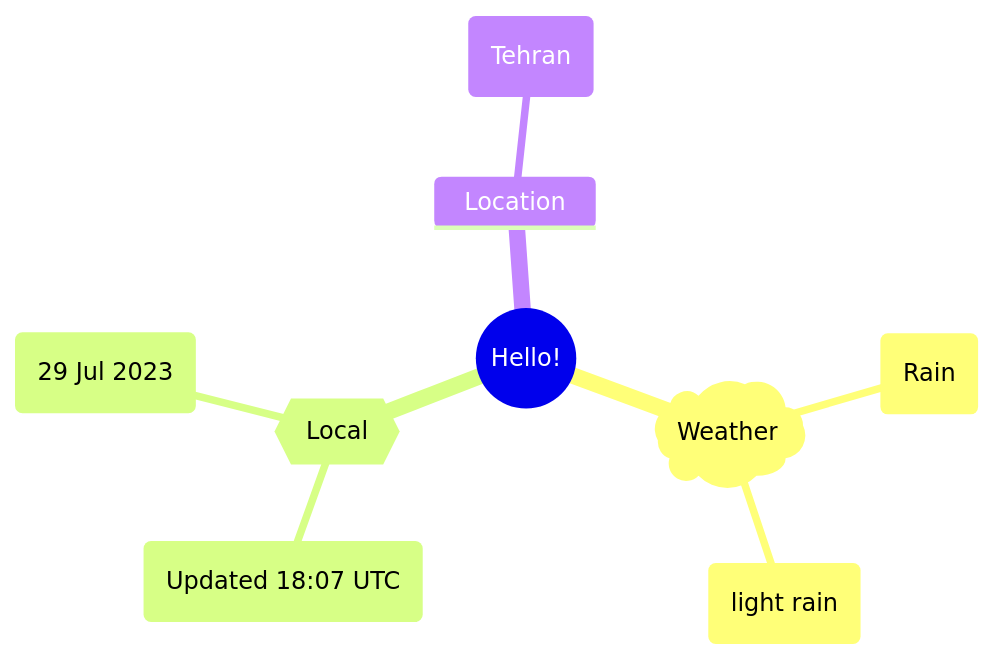
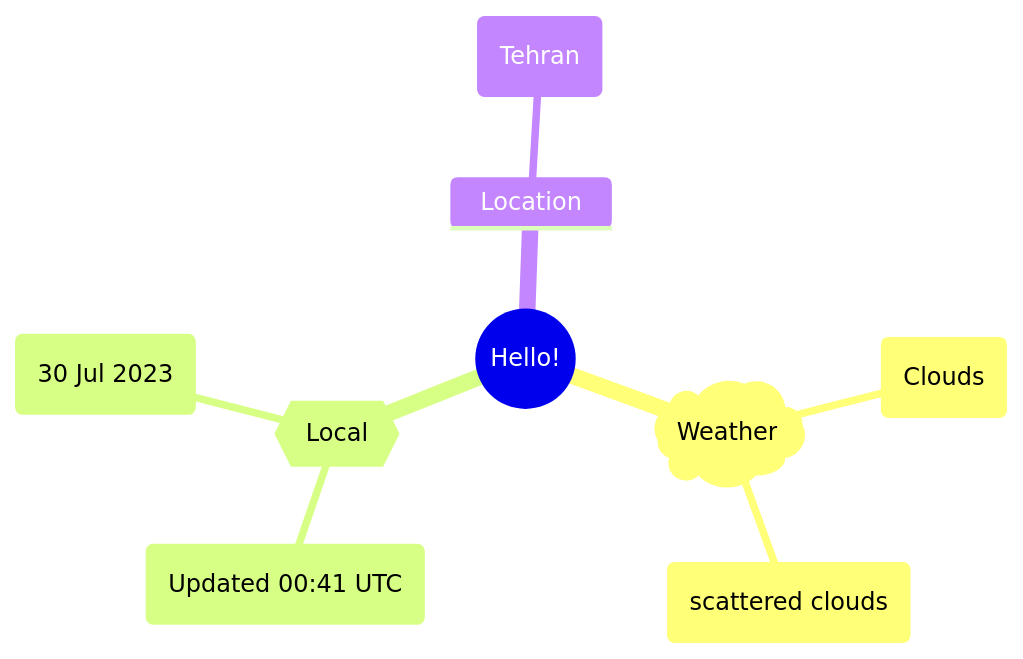
The first of 2 diagrams in README.md (Xosrov/Xosrov), drawn with Mermaid before and after one commit.

Commit message:
[bot] updated images

````diff
--- a/README.md
+++ b/README.md
@@ -3,12 +3,12 @@
 ```mermaid
 mindmap
   root((Hello!))
     )Weather(
-        (Rain)
-        (light rain)
+        (Clouds)
+        (scattered clouds)
     {{Local}}
-        (Updated 18:07 UTC)
-        (29 Jul 2023)
+        (Updated 00:41 UTC)
+        (30 Jul 2023)
     Location
         (Tehran)
 ```
````
